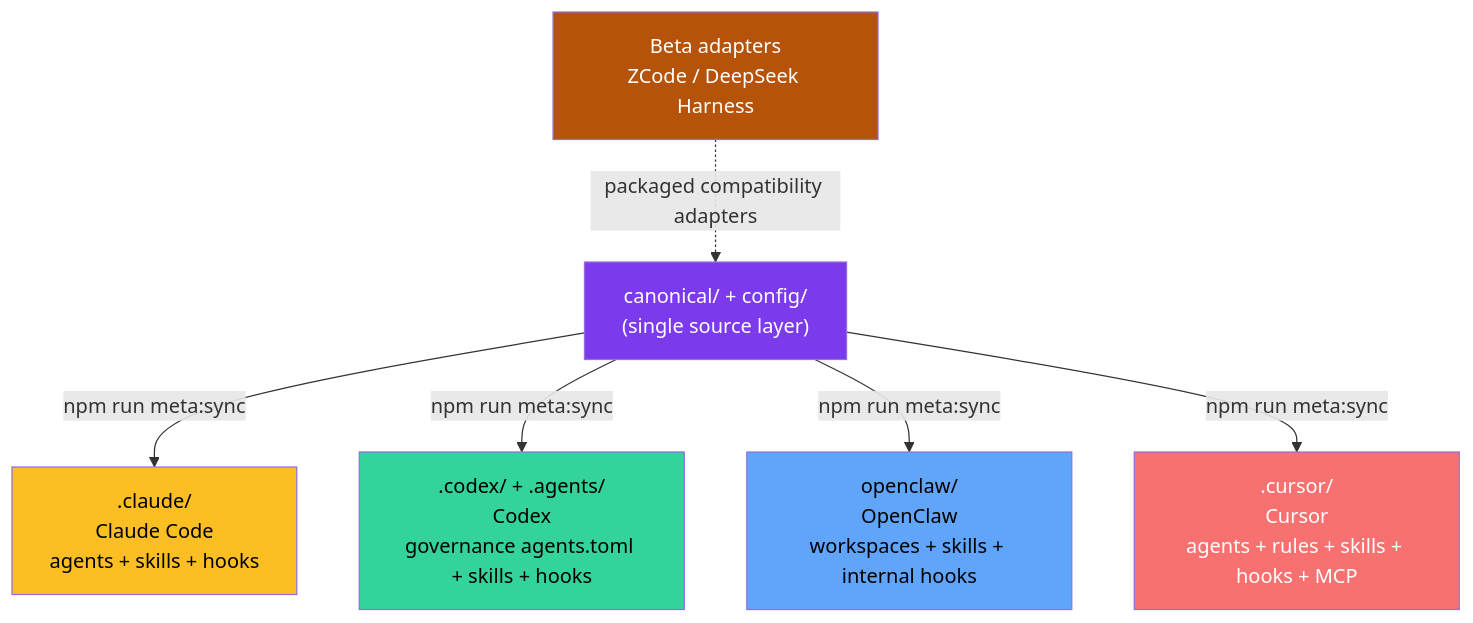
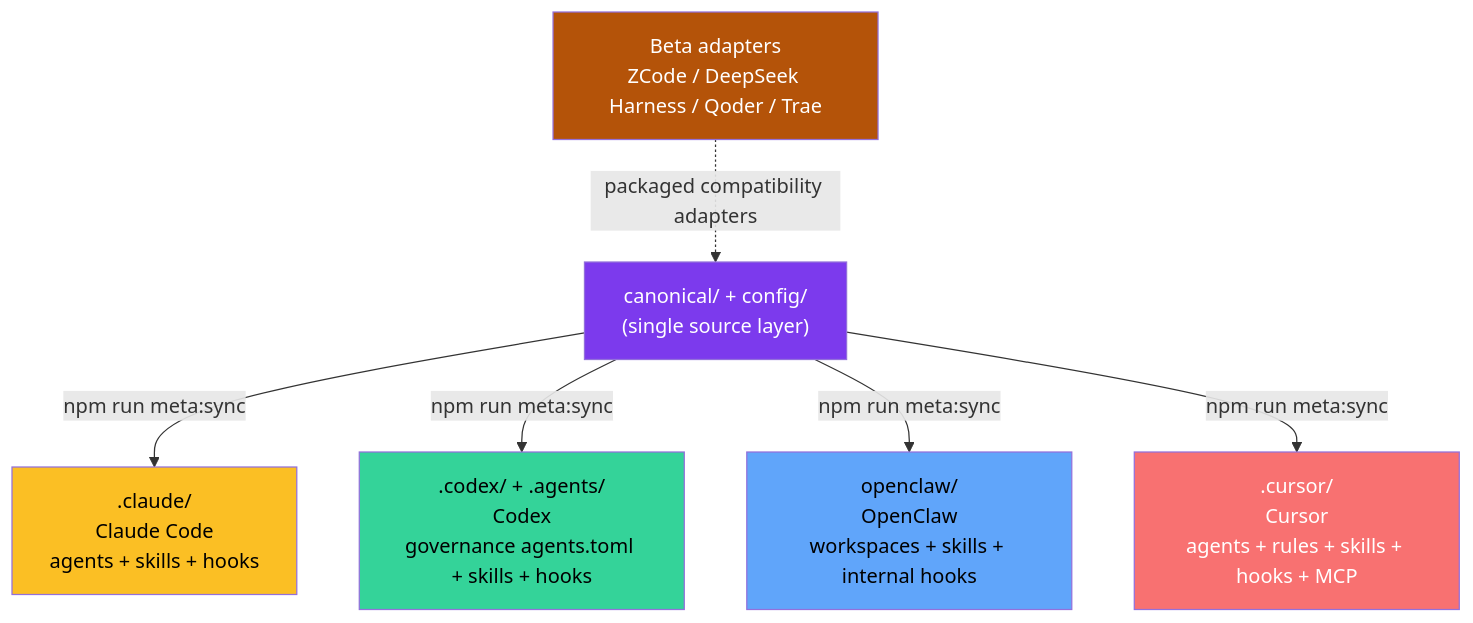
The eighth of 9 diagrams in README.md (KimYx0207/Meta_Kim), drawn with Mermaid before and after one commit. The commit also changed other lines of this file and 24 other files, not shown here.

Commit message:
feat: add Qoder and Trae beta adapters

````diff
--- a/README.md
+++ b/README.md
@@ -619,18 +623,18 @@
 ```mermaid
 flowchart TB
     CANONICAL["canonical/ + config/<br/>(single source layer)"]
 
     CANONICAL --> |npm run meta:sync| CLAUDE[".claude/<br/>Claude Code<br/>agents + skills + hooks"]
     CANONICAL --> |npm run meta:sync| CODEX[".codex/ + .agents/<br/>Codex<br/>governance agents.toml + skills + hooks"]
     CANONICAL --> |npm run meta:sync| OPENCLAW["openclaw/<br/>OpenClaw<br/>workspaces + skills + internal hooks"]
     CANONICAL --> |npm run meta:sync| CURSOR[".cursor/<br/>Cursor<br/>agents + rules + skills + hooks + MCP"]
 
-    BETA["Beta adapters<br/>ZCode / DeepSeek Harness"] -.-> |packaged compatibility adapters| CANONICAL
+    BETA["Beta adapters<br/>ZCode / DeepSeek Harness / Qoder / Trae"] -.-> |packaged compatibility adapters| CANONICAL
 
     style CANONICAL fill:#7c3aed,color:#fff
     style CLAUDE fill:#fbbf24,color:#000
     style CODEX fill:#34d399,color:#000
     style OPENCLAW fill:#60a5fa,color:#000
     style CURSOR fill:#f87171,color:#fff
     style BETA fill:#b45309,color:#fff
 ```
````
